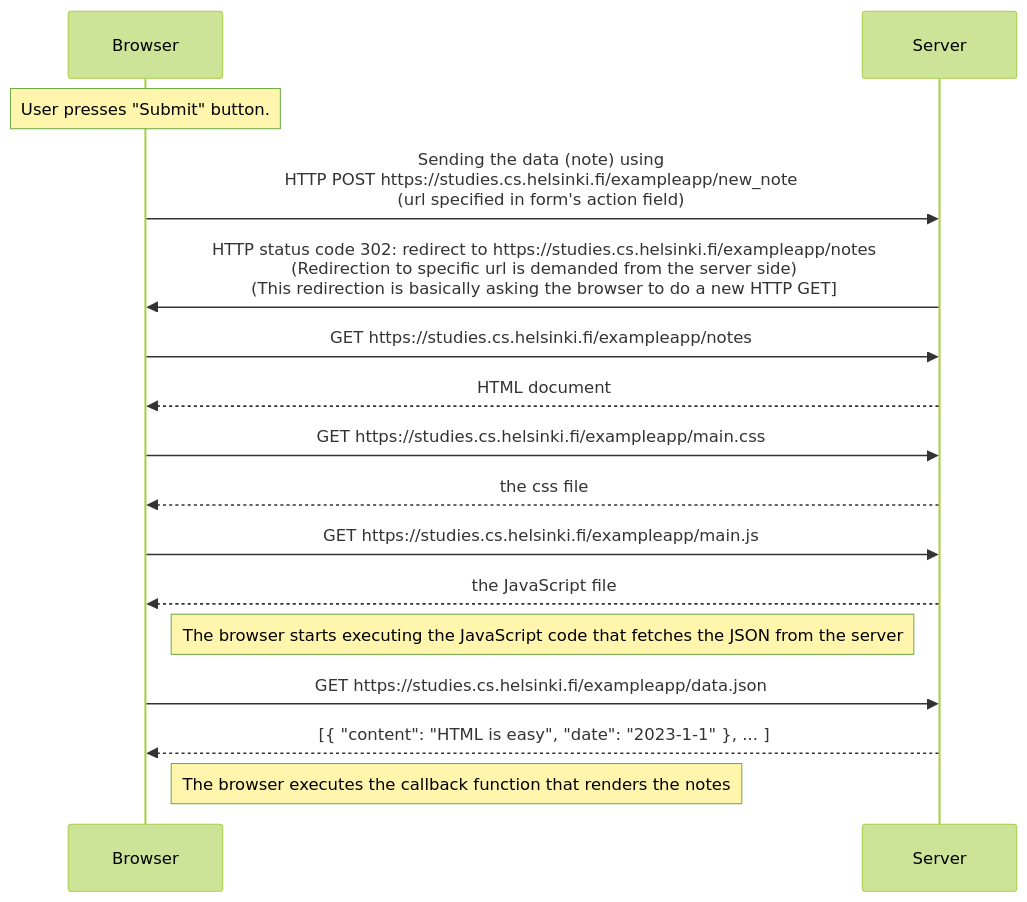
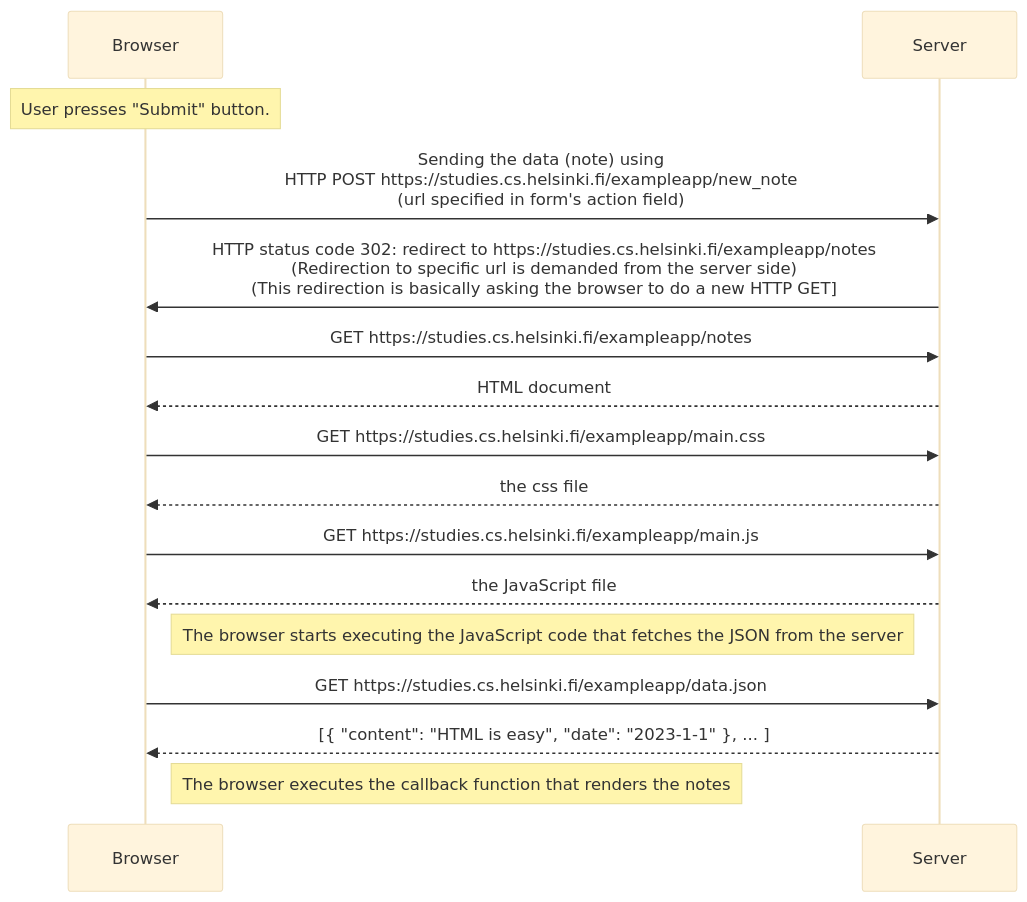
Before and after one commit to szmaragdynia/FullstackLearning: the diagram in part0/excercise0-4.md, drawn with Mermaid.

Commit message:
checking themes

````diff
--- a/part0/excercise0-4.md
+++ b/part0/excercise0-4.md
@@ -1,29 +1,33 @@
 ```mermaid
-%%{init: {'theme':'forest'}}%%
+%%{
+    init: {
+        'theme':'base'
+    }
+}%%
 
 sequenceDiagram
     participant b as Browser
     participant s as Server
     
     Note over b: User presses "Submit" button.
     
     b->>s: Sending the data (note) using <br/> HTTP POST https://studies.cs.helsinki.fi/exampleapp/new_note <br/> (url specified in form's action field) 
     s->>b: HTTP status code 302: redirect to https://studies.cs.helsinki.fi/exampleapp/notes <br/> (Redirection to specific url is demanded from the server side) <br/> (This redirection is basically asking the browser to do a new HTTP GET]
 
     b->>s: GET https://studies.cs.helsinki.fi/exampleapp/notes
     s-->>b: HTML document
     
     b->>s: GET https://studies.cs.helsinki.fi/exampleapp/main.css
     s-->>b: the css file
     
     b->>s: GET https://studies.cs.helsinki.fi/exampleapp/main.js
     s-->>b: the JavaScript file
     
     Note right of b: The browser starts executing the JavaScript code that fetches the JSON from the server
     
     b->>s: GET https://studies.cs.helsinki.fi/exampleapp/data.json
     s-->>b: [{ "content": "HTML is easy", "date": "2023-1-1" }, ... ]
 
     Note right of b: The browser executes the callback function that renders the notes
     
 ```
````
